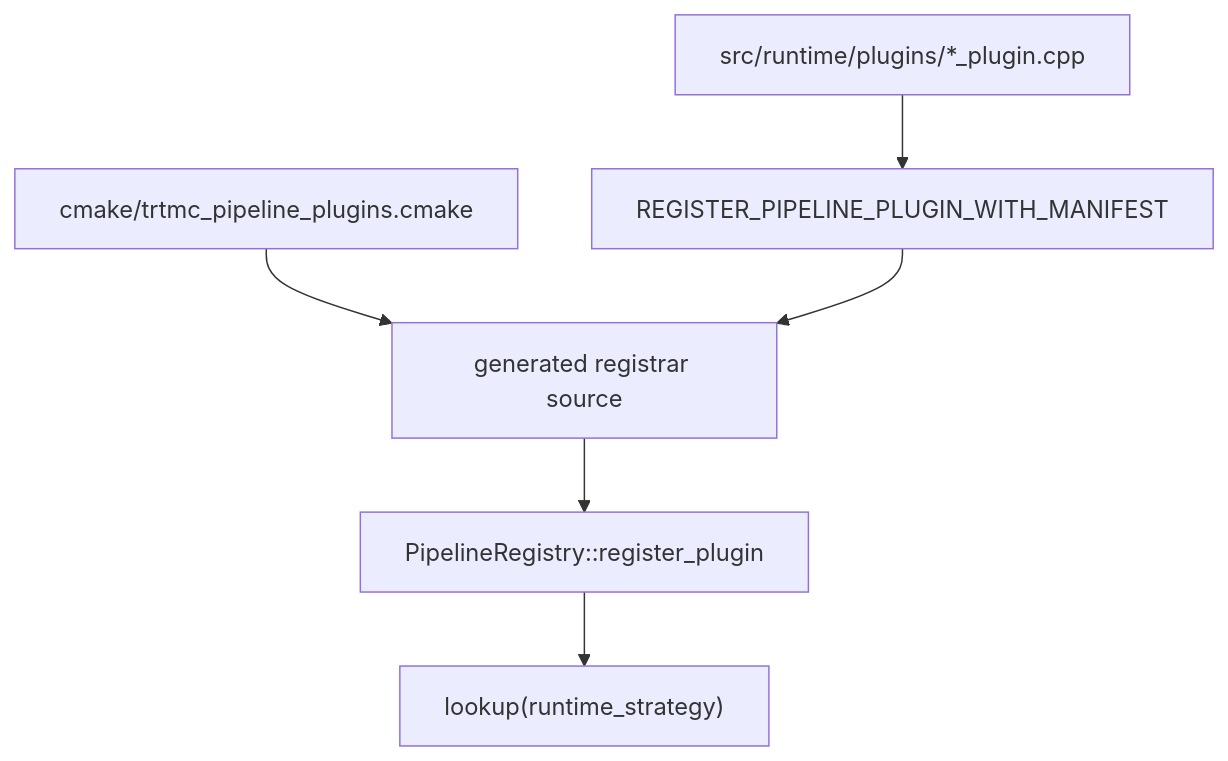
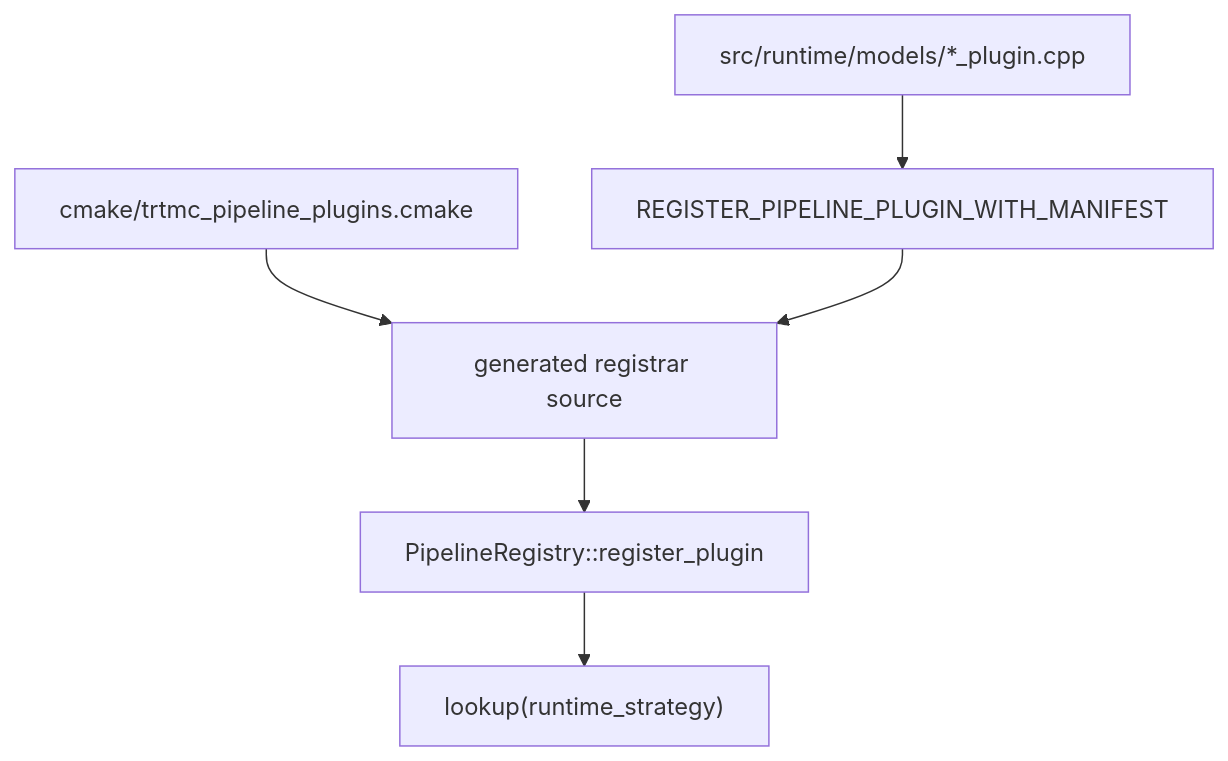
One commit to AbishekCoder1/TensorRT-Model-Connect changed the third of 4 diagrams in website/docs/architecture/runtime-plugins.md. Above: the diagram before and after it, drawn with Mermaid. The commit also changed 107 other files, not shown here.

````diff
--- a/website/docs/architecture/runtime-plugins.md
+++ b/website/docs/architecture/runtime-plugins.md
@@ -94,8 +94,8 @@
 ```mermaid
 flowchart TD
   Manifest["cmake/trtmc_pipeline_plugins.cmake"] --> Generated["generated registrar source"]
-  PluginCpp["src/runtime/plugins/*_plugin.cpp"] --> Macro["REGISTER_PIPELINE_PLUGIN_WITH_MANIFEST"]
+  PluginCpp["src/runtime/models/*_plugin.cpp"] --> Macro["REGISTER_PIPELINE_PLUGIN_WITH_MANIFEST"]
   Macro --> Generated
   Generated --> Registry["PipelineRegistry::register_plugin"]
   Registry --> Lookup["lookup(runtime_strategy)"]
 ```
````
